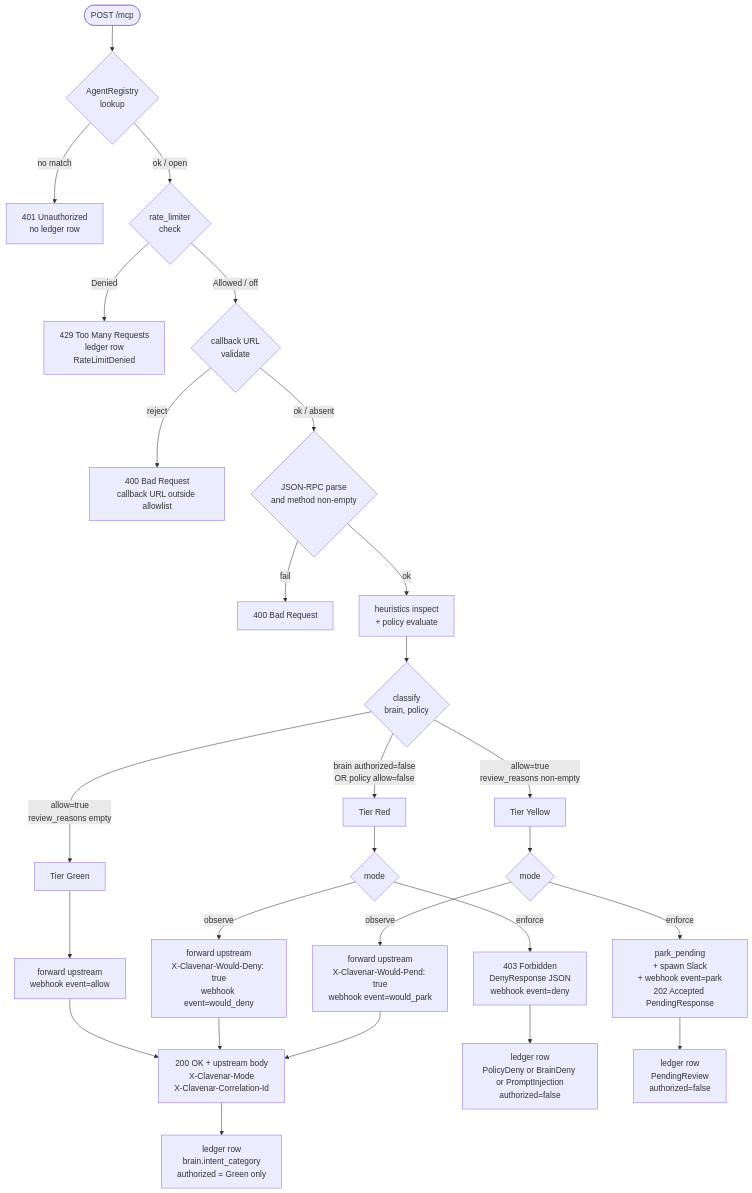
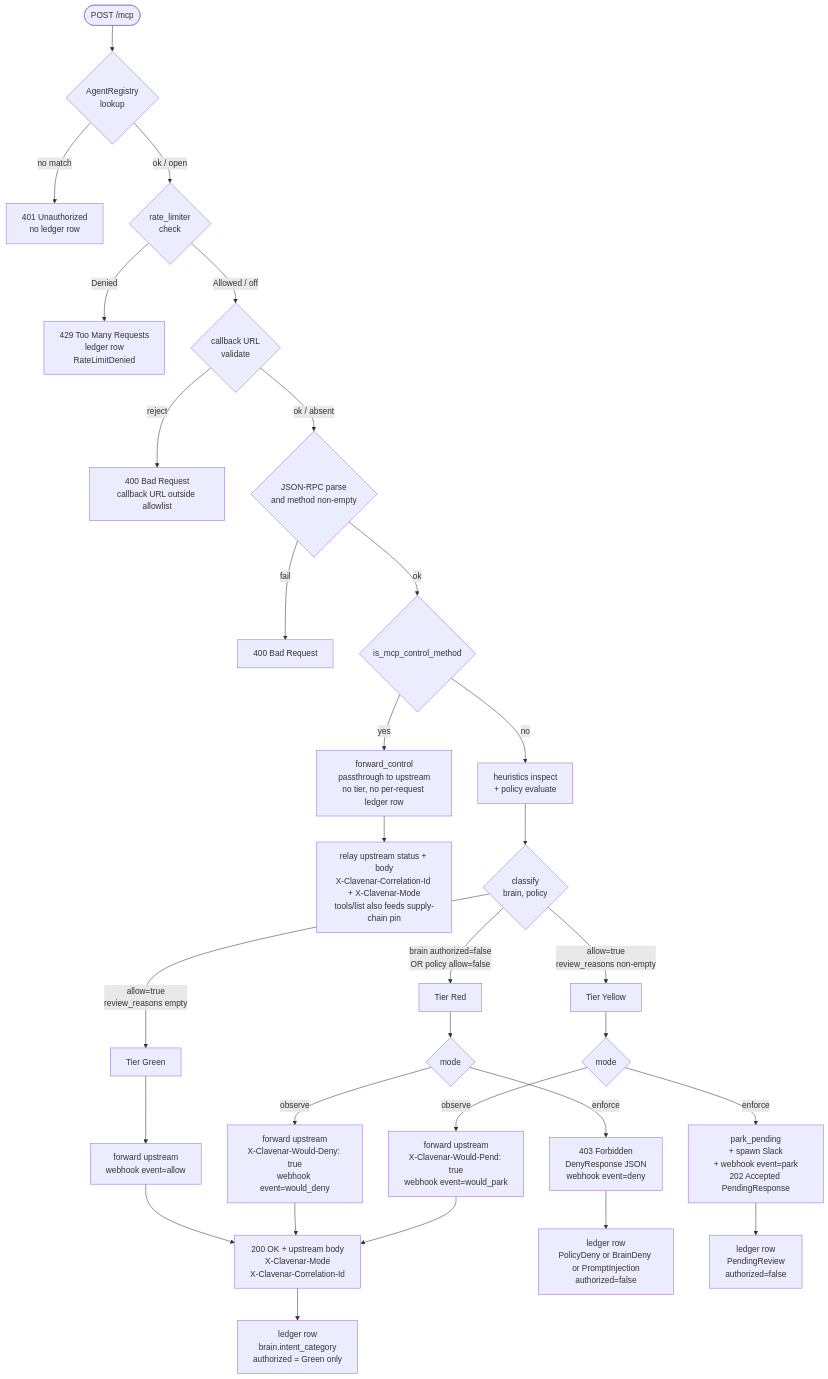
One commit to clavenar/clavenar-lite changed the seventh of 7 diagrams in docs/SEQUENCES.md. Above: the diagram before and after it, drawn with Mermaid. The commit also changed other lines of this file, not shown here.

First line of the commit message:
fix sequence flowchart for control-method bypass and supply-chain pin

````diff
--- a/docs/SEQUENCES.md
+++ b/docs/SEQUENCES.md
@@ -328,34 +387,37 @@
 ```mermaid
 flowchart TD
     Start([POST /mcp]) --> Auth{AgentRegistry<br/>lookup}
     Auth -->|no match| H401[401 Unauthorized<br/>no ledger row]
     Auth -->|ok / open| Rate{rate_limiter<br/>check}
     Rate -->|Denied| H429[429 Too Many Requests<br/>ledger row<br/>RateLimitDenied]
     Rate -->|Allowed / off| CB{callback URL<br/>validate}
     CB -->|reject| H400CB[400 Bad Request<br/>callback URL outside allowlist]
     CB -->|ok / absent| Parse{JSON-RPC parse<br/>and method non-empty}
     Parse -->|fail| H400[400 Bad Request]
-    Parse -->|ok| Pipe[heuristics inspect<br/>+ policy evaluate]
+    Parse -->|ok| Ctrl{is_mcp_control_method}
+    Ctrl -->|yes| Fwd[forward_control<br/>passthrough to upstream<br/>no tier, no per-request ledger row]
+    Ctrl -->|no| Pipe[heuristics inspect<br/>+ policy evaluate]
+    Fwd --> CtrlOut[relay upstream status + body<br/>X-Clavenar-Correlation-Id + X-Clavenar-Mode<br/>tools/list also feeds supply-chain pin]
     Pipe --> Tier{classify<br/>brain, policy}
 
     Tier -->|brain authorized=false<br/>OR policy allow=false| Red[Tier Red]
     Tier -->|allow=true<br/>review_reasons non-empty| Yellow[Tier Yellow]
     Tier -->|allow=true<br/>review_reasons empty| Green[Tier Green]
 
     Red --> ModeR{mode}
     ModeR -->|enforce| R403[403 Forbidden<br/>DenyResponse JSON<br/>webhook event=deny]
     ModeR -->|observe| RFwd[forward upstream<br/>X-Clavenar-Would-Deny: true<br/>webhook event=would_deny]
 
     Yellow --> ModeY{mode}
     ModeY -->|enforce| Y202[park_pending<br/>+ spawn Slack<br/>+ webhook event=park<br/>202 Accepted PendingResponse]
     ModeY -->|observe| YFwd[forward upstream<br/>X-Clavenar-Would-Pend: true<br/>webhook event=would_park]
 
     Green --> GFwd[forward upstream<br/>webhook event=allow]
     GFwd --> OK[200 OK + upstream body<br/>X-Clavenar-Mode<br/>X-Clavenar-Correlation-Id]
     RFwd --> OK
     YFwd --> OK
 
     R403 --> Ledger1[ledger row<br/>PolicyDeny or BrainDeny or PromptInjection<br/>authorized=false]
     Y202 --> Ledger2[ledger row<br/>PendingReview<br/>authorized=false]
     OK --> Ledger3[ledger row<br/>brain.intent_category<br/>authorized = Green only]
 ```
````
